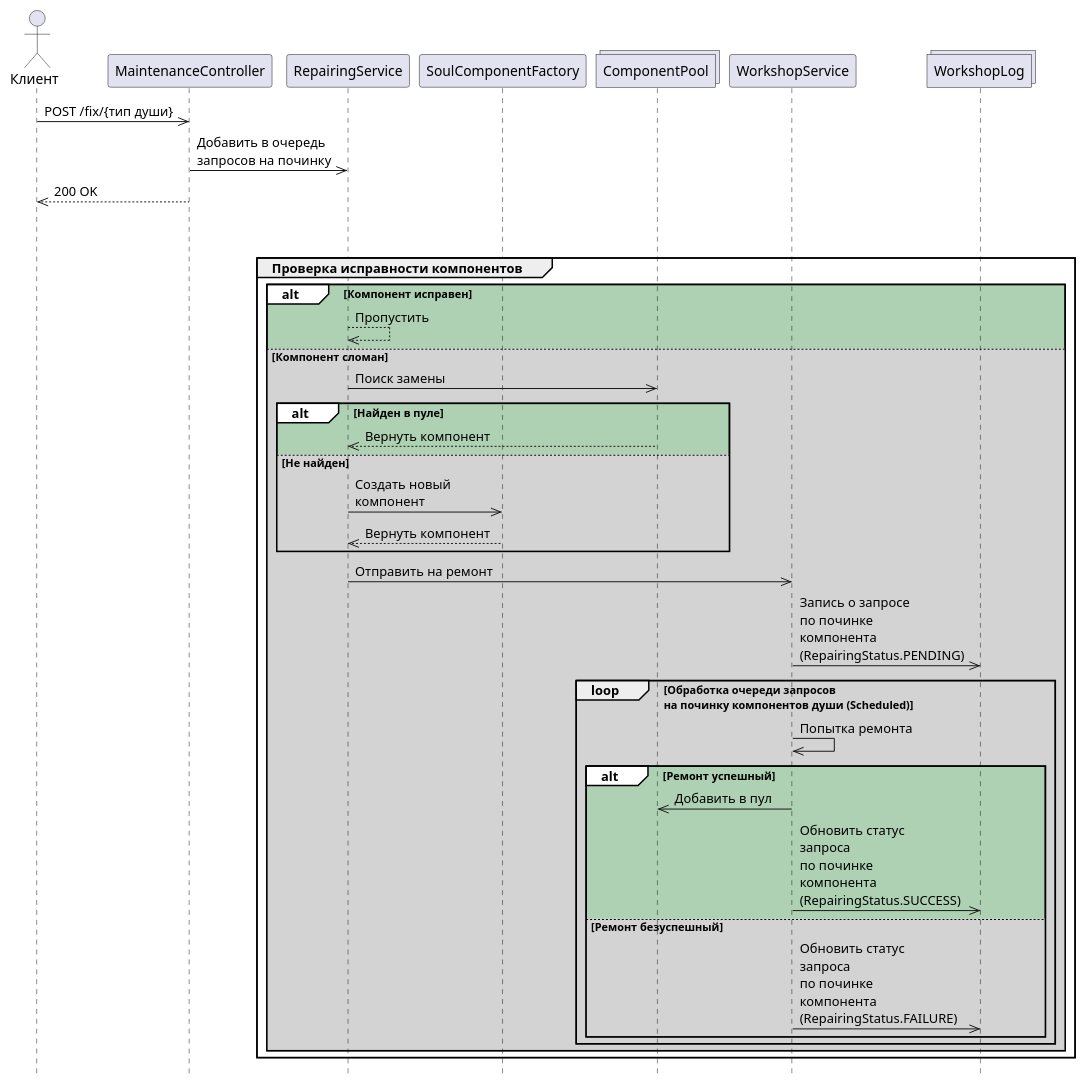
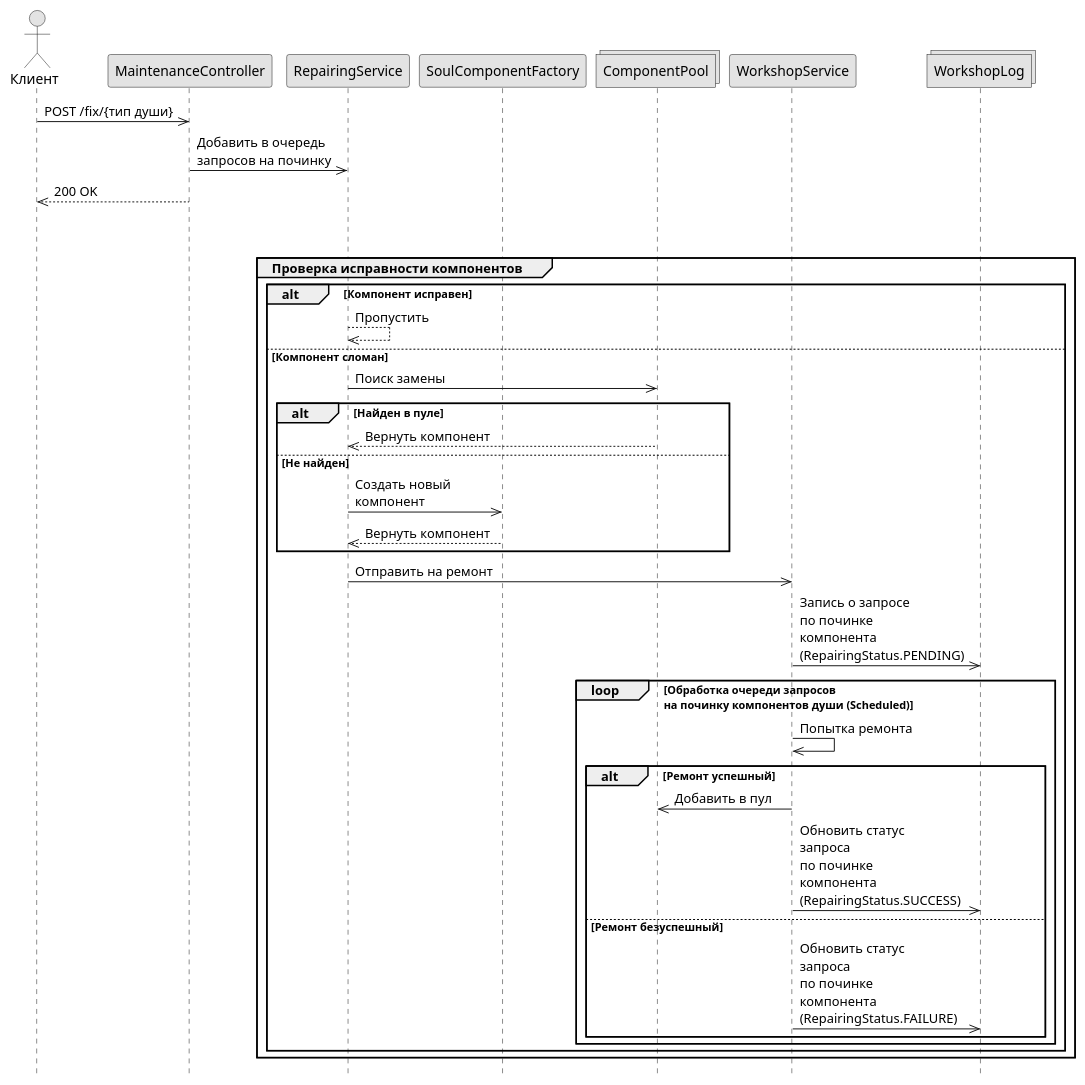
One commit to ssolomvi/MaintenanceService changed the first of 6 diagrams in readme.md. Above: the diagram before and after it, drawn with PlantUML. The commit also changed 1 other file, not shown here.

Commit message:
readme + диаграммы

````diff
--- a/readme.md
+++ b/readme.md
@@ -23,44 +23,45 @@
 ```plantuml
 @startuml SoulRepairCenter
 skinparam style strictuml
 skinparam maxMessageSize 150
+skinparam monochrome true
 
 actor Клиент
 participant MaintenanceController
 participant RepairingService
 participant SoulComponentFactory
 collections ComponentPool
 participant WorkshopService
 collections WorkshopLog
 
 Клиент->>MaintenanceController: POST /fix/{тип души}
 MaintenanceController->>RepairingService: Добавить в очередь запросов на починку
 MaintenanceController-->>Клиент: 200 OK
 loop Обработка очереди запросов\nна починку души (Scheduled)
     group Проверка исправности компонентов
-    alt#White #ADD1B2 Компонент исправен
+    alt  Компонент исправен
         RepairingService-->>RepairingService: Пропустить
-    else #LightGrey Компонент сломан
+    else Компонент сломан
         RepairingService->>ComponentPool: Поиск замены
-        alt#White #ADD1B2 Найден в пуле
+        alt Найден в пуле
             ComponentPool-->>RepairingService: Вернуть компонент
-        else #LightGrey Не найден
+        else Не найден
             RepairingService->>SoulComponentFactory: Создать новый компонент
             SoulComponentFactory-->>RepairingService: Вернуть компонент
         end
         RepairingService->>WorkshopService: Отправить на ремонт
         WorkshopService->>WorkshopLog: Запись о запросе\nпо починке компонента (RepairingStatus.PENDING)
         loop Обработка очереди запросов\nна починку компонентов души (Scheduled)
             WorkshopService->>WorkshopService: Попытка ремонта
-            alt#White #ADD1B2 Ремонт успешный
+            alt  Ремонт успешный
                 WorkshopService->>ComponentPool: Добавить в пул
                 WorkshopService->>WorkshopLog: Обновить статус запроса\nпо починке компонента (RepairingStatus.SUCCESS)
-            else #LightGrey Ремонт безуспешный
+            else Ремонт безуспешный
                 WorkshopService->>WorkshopLog: Обновить статус запроса\nпо починке компонента (RepairingStatus.FAILURE)
             end
         end
     end
 end
 
 @enduml
 ```
````
